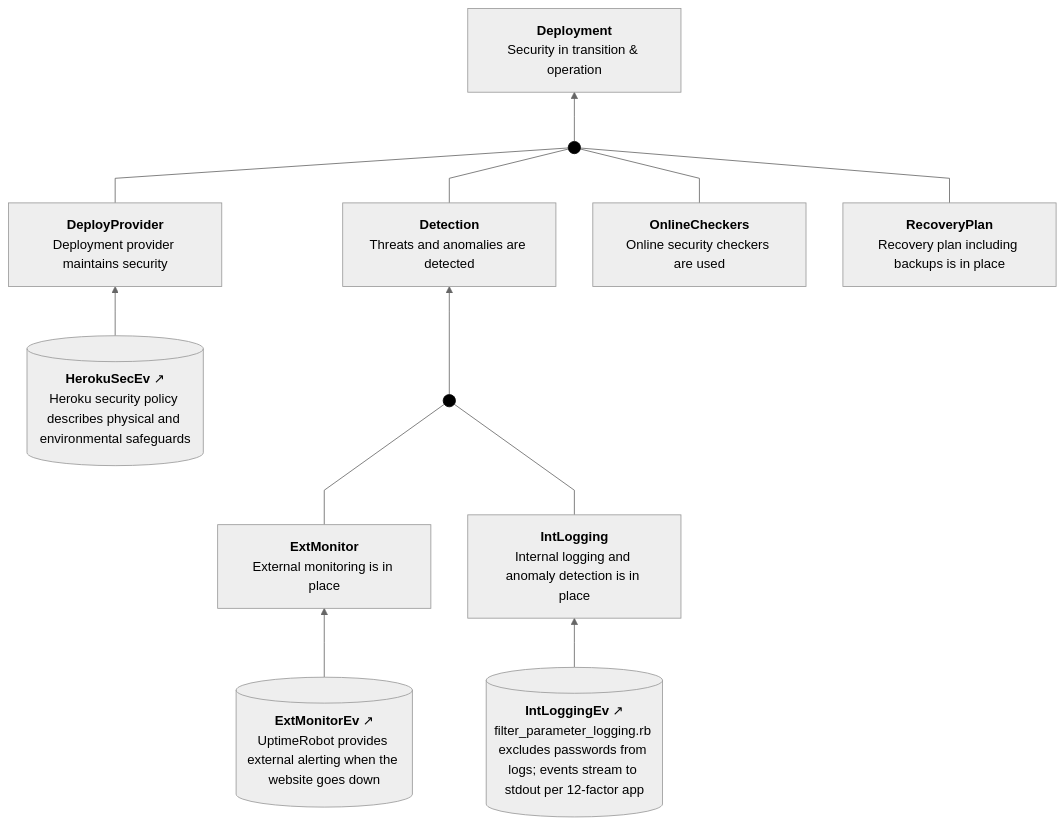
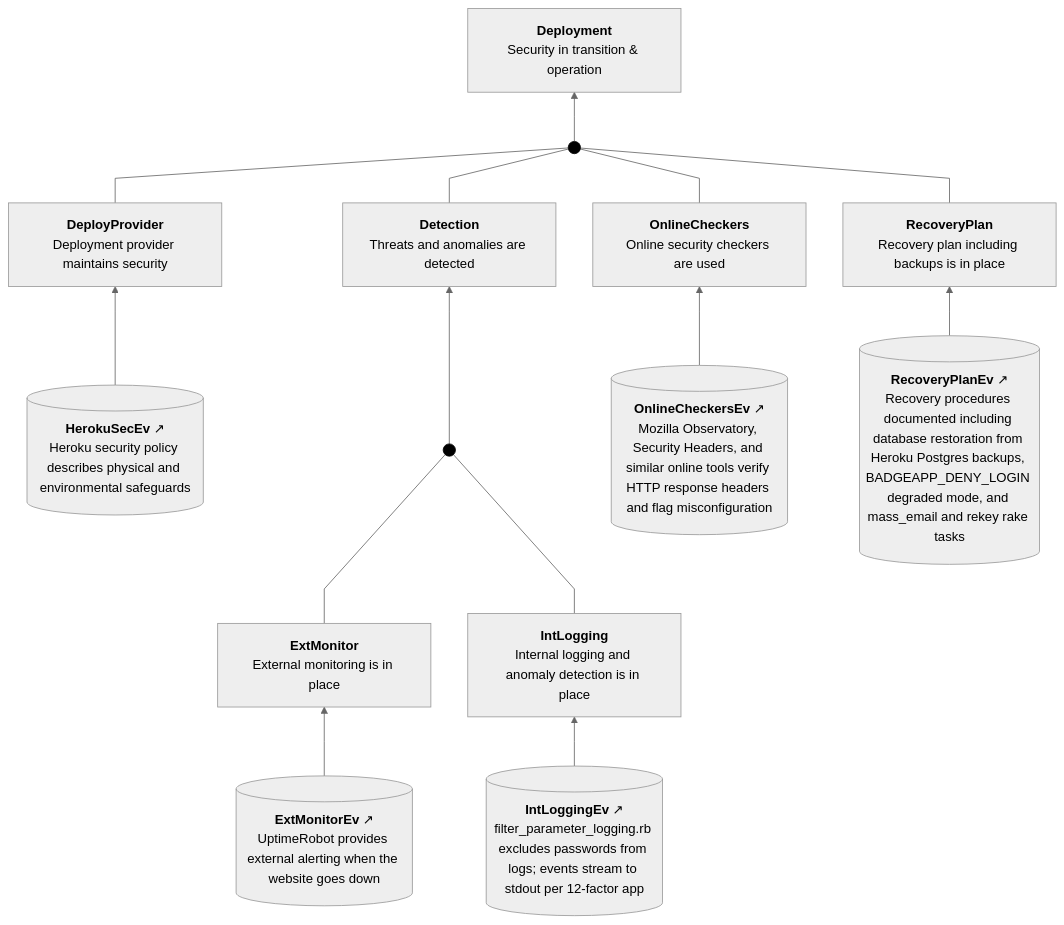
One commit to coreinfrastructure/best-practices-badge changed the sixth of 9 diagrams in docs/case.md. Above: the diagram before and after it, drawn with Mermaid. The commit also changed other lines of this file and 1 other file, not shown here.

First line of the commit message:
Second stage attempt at verocase docs/case.*

````diff
--- a/docs/case.md
+++ b/docs/case.md
@@ -510,45 +650,51 @@
 ```mermaid
 ---
 config:
   theme: neutral
   flowchart:
     curve: linear
     htmlLabels: true
     rankSpacing: 60
     nodeSpacing: 45
     padding: 15
 ---
 flowchart BT
     classDef invisible opacity:0
     classDef sacmDot fill:#000,stroke:#000
     classDef connector fill:none,stroke:#cccccc,stroke-width:1px;
     classDef abstractClaim stroke-width:2px,stroke-dasharray: 5 5;
     Deployment["<b>Deployment</b><br>Security in transition &amp; operation"]
     DeployProvider["<b>DeployProvider</b><br>Deployment provider maintains security"]
     Detection["<b>Detection</b><br>Threats and anomalies are detected"]
     OnlineCheckers["<b>OnlineCheckers</b><br>Online security checkers are used"]
     RecoveryPlan["<b>RecoveryPlan</b><br>Recovery plan including backups is in place"]
     HerokuSecEv[("<b>HerokuSecEv</b>&nbsp;↗<br>Heroku security policy describes physical and environmental safeguards")]
     ExtMonitor["<b>ExtMonitor</b><br>External monitoring is in place"]
     IntLogging["<b>IntLogging</b><br>Internal logging and anomaly detection is in place"]
+    OnlineCheckersEv[("<b>OnlineCheckersEv</b>&nbsp;↗<br>Mozilla Observatory, Security Headers, and similar online tools verify HTTP response headers and flag misconfiguration")]
+    RecoveryPlanEv[("<b>RecoveryPlanEv</b>&nbsp;↗<br>Recovery procedures documented including database restoration from Heroku Postgres backups, BADGEAPP_DENY_LOGIN degraded mode, and mass_email and rekey rake tasks")]
     ExtMonitorEv[("<b>ExtMonitorEv</b>&nbsp;↗<br>UptimeRobot provides external alerting when the website goes down")]
     IntLoggingEv[("<b>IntLoggingEv</b>&nbsp;↗<br>filter_parameter_logging.rb excludes passwords from logs; events stream to stdout per 12-factor app")]
     Dot1((" ")):::sacmDot
     Dot2((" ")):::sacmDot
     click HerokuSecEv "https://www.heroku.com/policy/security"
+    click OnlineCheckersEv "https://observatory.mozilla.org/analyze/www.bestpractices.dev"
+    click RecoveryPlanEv "../docs/case.md"
     click ExtMonitorEv "https://uptimerobot.com/dashboard"
     click IntLoggingEv "../config/initializers/filter_parameter_logging.rb"
 
     BottomPadding[ ]:::invisible ~~~ HerokuSecEv
     HerokuSecEv --> DeployProvider
     ExtMonitorEv --> ExtMonitor
     IntLoggingEv --> IntLogging
     ExtMonitor --- Dot1
     IntLogging --- Dot1
     Dot1 --> Detection
+    OnlineCheckersEv --> OnlineCheckers
+    RecoveryPlanEv --> RecoveryPlan
     DeployProvider --- Dot2
     Detection --- Dot2
     OnlineCheckers --- Dot2
     RecoveryPlan --- Dot2
     Dot2 --> Deployment
 ```
````
